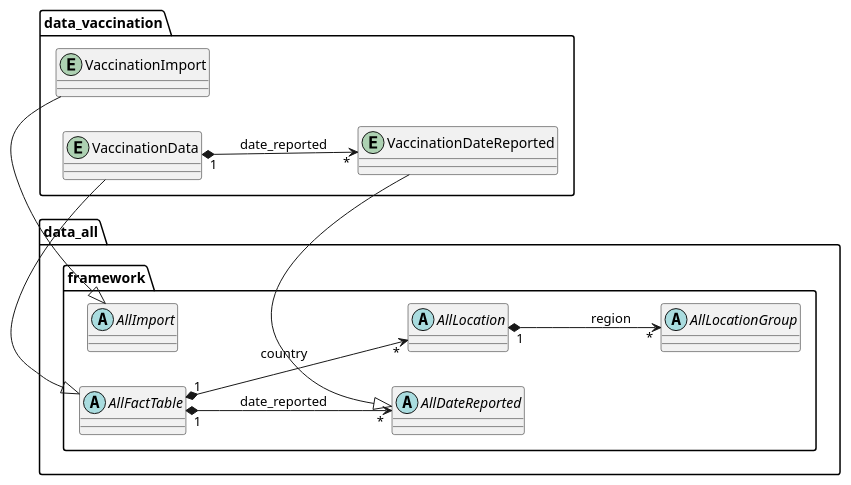
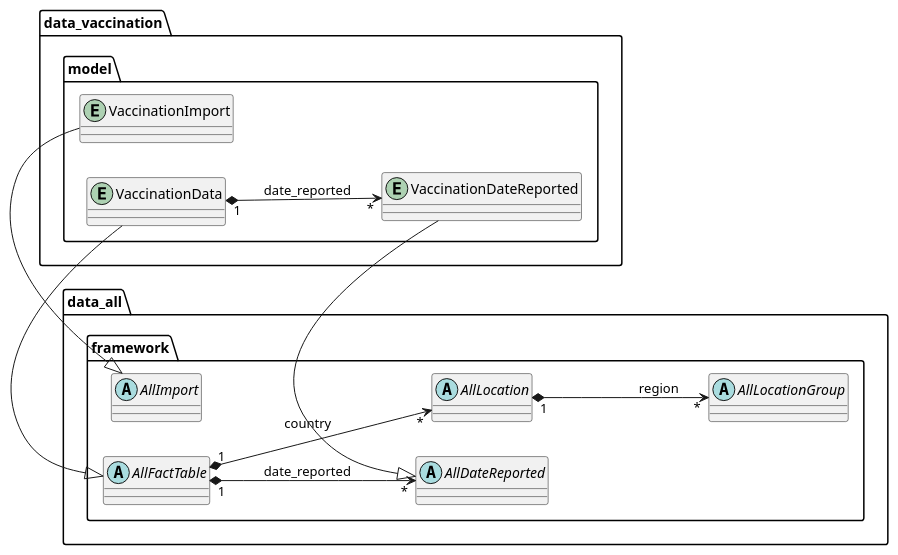
Before and after one commit to thomaswoehlke/flask_covid19: the diagram in docs/uml/project/data_vaccination/model.puml, drawn with PlantUML. The commit also changed 3 other files, not shown here.

```diff
--- a/docs/uml/project/data_vaccination/model.puml
+++ b/docs/uml/project/data_vaccination/model.puml
@@ -1,34 +1,29 @@
 @startuml
 left to right direction
 'https://plantuml.com/class-diagram
-
-'abstract class AbstractList
-'abstract AbstractCollection
-'interface List
-'interface Collection
 
 package data_all.framework {
     abstract class AllImport {}
     abstract class AllDateReported {}
     abstract class AllLocation {}
     abstract class AllLocationGroup {}
     abstract class AllFactTable {}
 
     AllLocation "1" *--> "*" AllLocationGroup : region
     AllFactTable "1" *--> "*" AllLocation : country
     AllFactTable "1" *--> "*" AllDateReported : date_reported
 }
 
-package data_vaccination {
+package data_vaccination.model {
     entity VaccinationImport {}
     entity VaccinationData {}
     entity VaccinationDateReported {}
 
     AllImport <|- VaccinationImport
     AllDateReported <|- VaccinationDateReported
     AllFactTable <|- VaccinationData
 
     VaccinationData "1" *--> "*" VaccinationDateReported : date_reported
 }
 
 @enduml
```
